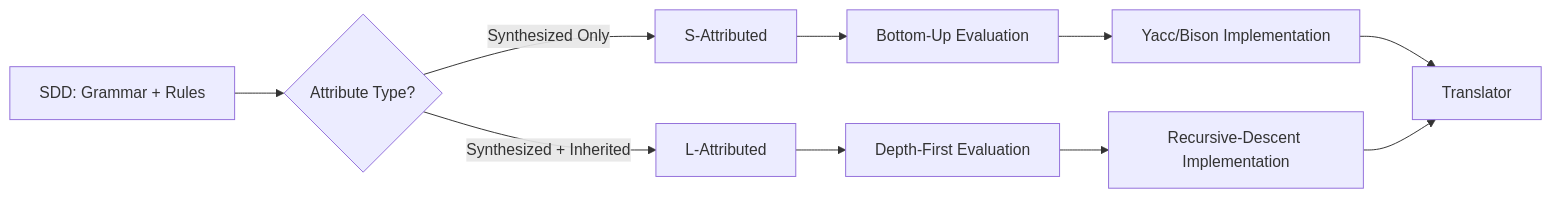
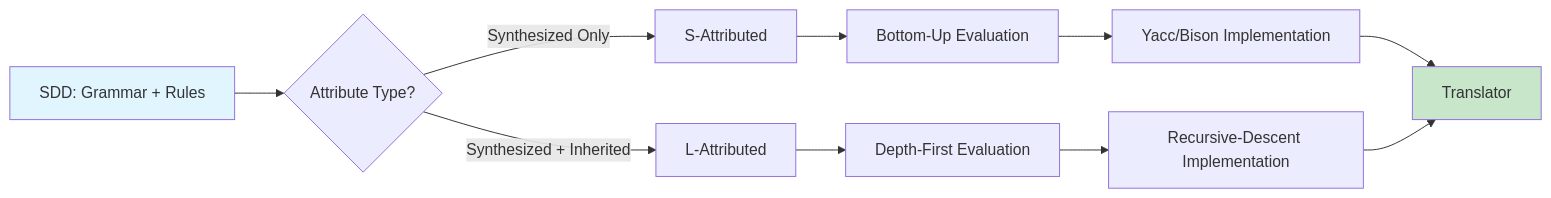
Before and after one commit to Raushan666java/ai-engineering-journey: the first of 2 diagrams in docs/courses/compiler-design/05-sdt.md, drawn with Mermaid. The commit also changed other lines of this file and 41 other files, not shown here.

````diff
--- a/docs/courses/compiler-design/05-sdt.md
+++ b/docs/courses/compiler-design/05-sdt.md
@@ -25,12 +25,14 @@
 ```mermaid
 flowchart LR
     A[SDD: Grammar + Rules] --> B{Attribute Type?}
     B -->|Synthesized Only| C[S-Attributed]
     B -->|Synthesized + Inherited| D[L-Attributed]
     C --> E[Bottom-Up Evaluation]
     D --> F[Depth-First Evaluation]
     E --> G[Yacc/Bison Implementation]
     F --> H[Recursive-Descent Implementation]
     G --> I[Translator]
     H --> I
+    style A fill:#e1f5fe
+    style I fill:#c8e6c9
 ```
````
